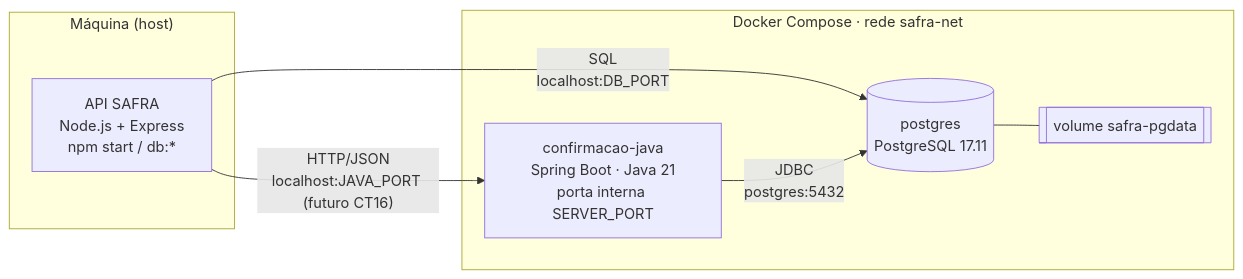
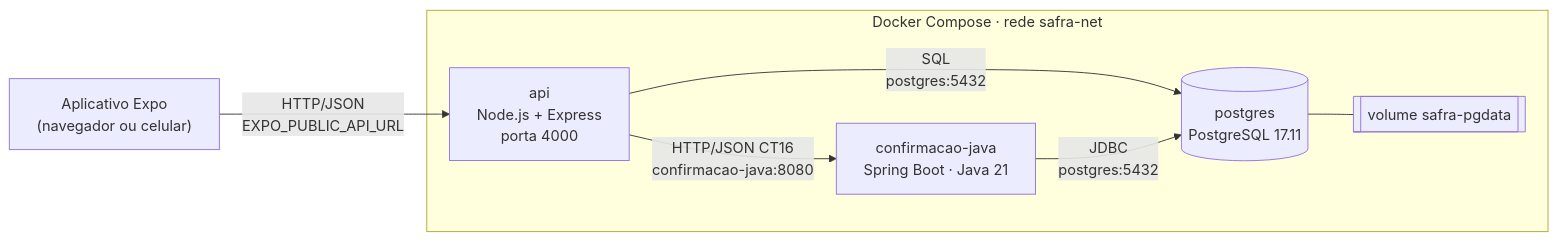
One commit to Rnchx/pi4-TURMA-gN-backend-1 changed the diagram in README.md. Above: the diagram before and after it, drawn with Mermaid. The commit also changed other lines of this file, not shown here.

````diff
--- a/README.md
+++ b/README.md
@@ -211,15 +232,15 @@
 ```mermaid
 flowchart LR
-  subgraph host["Máquina (host)"]
-    node["API SAFRA<br/>Node.js + Express<br/>npm start / db:*"]
-  end
+  app["Aplicativo Expo<br/>(navegador ou celular)"]
   subgraph docker["Docker Compose · rede safra-net"]
-    java["confirmacao-java<br/>Spring Boot · Java 21<br/>porta interna SERVER_PORT"]
+    api["api<br/>Node.js + Express<br/>porta 4000"]
+    java["confirmacao-java<br/>Spring Boot · Java 21"]
     pg[("postgres<br/>PostgreSQL 17.11")]
     vol[["volume safra-pgdata"]]
   end
-  node -- "HTTP/JSON<br/>localhost:JAVA_PORT (futuro CT16)" --> java
-  node -- "SQL<br/>localhost:DB_PORT" --> pg
+  app -- "HTTP/JSON<br/>EXPO_PUBLIC_API_URL" --> api
+  api -- "HTTP/JSON CT16<br/>confirmacao-java:8080" --> java
+  api -- "SQL<br/>postgres:5432" --> pg
   java -- "JDBC<br/>postgres:5432" --> pg
   pg --- vol
 ```
````
